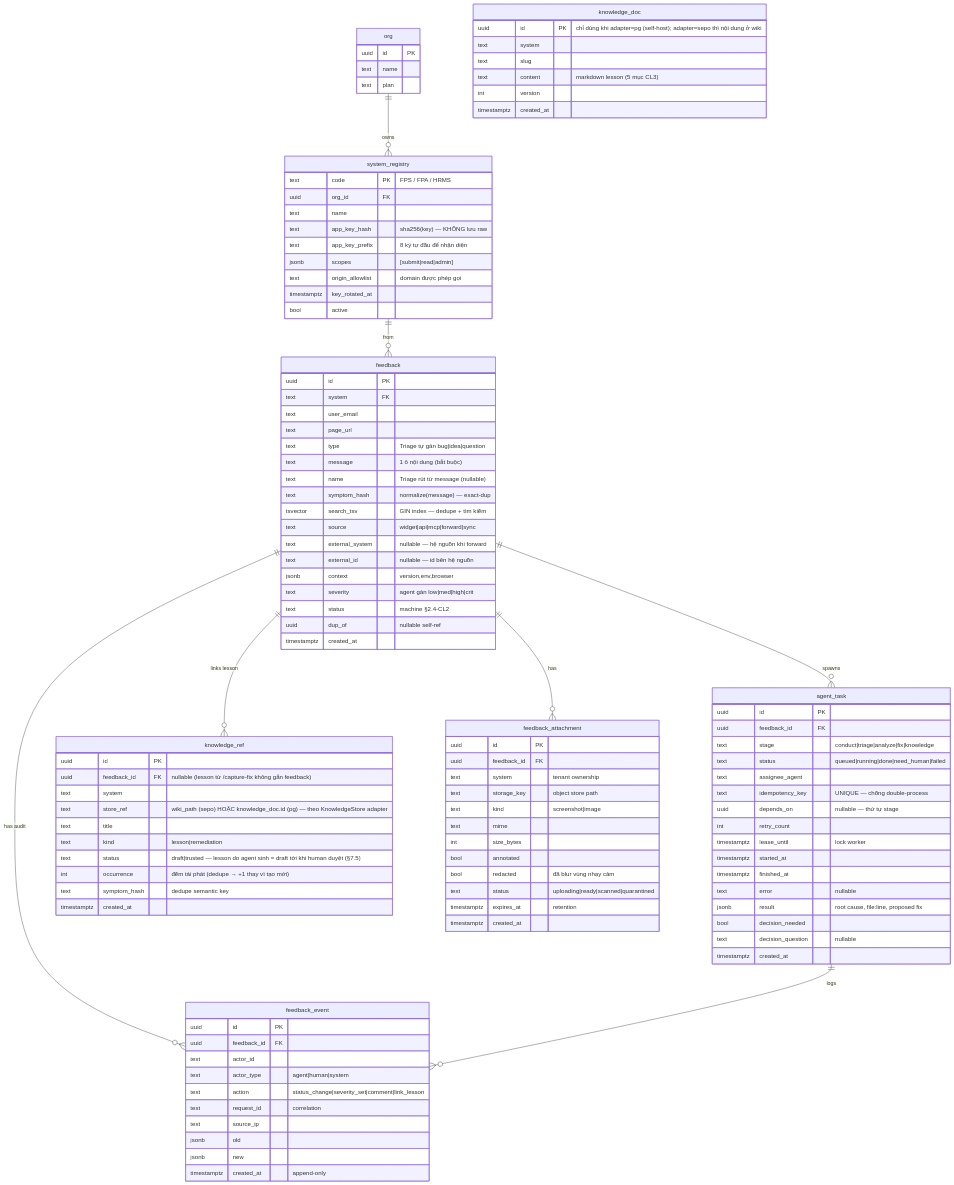
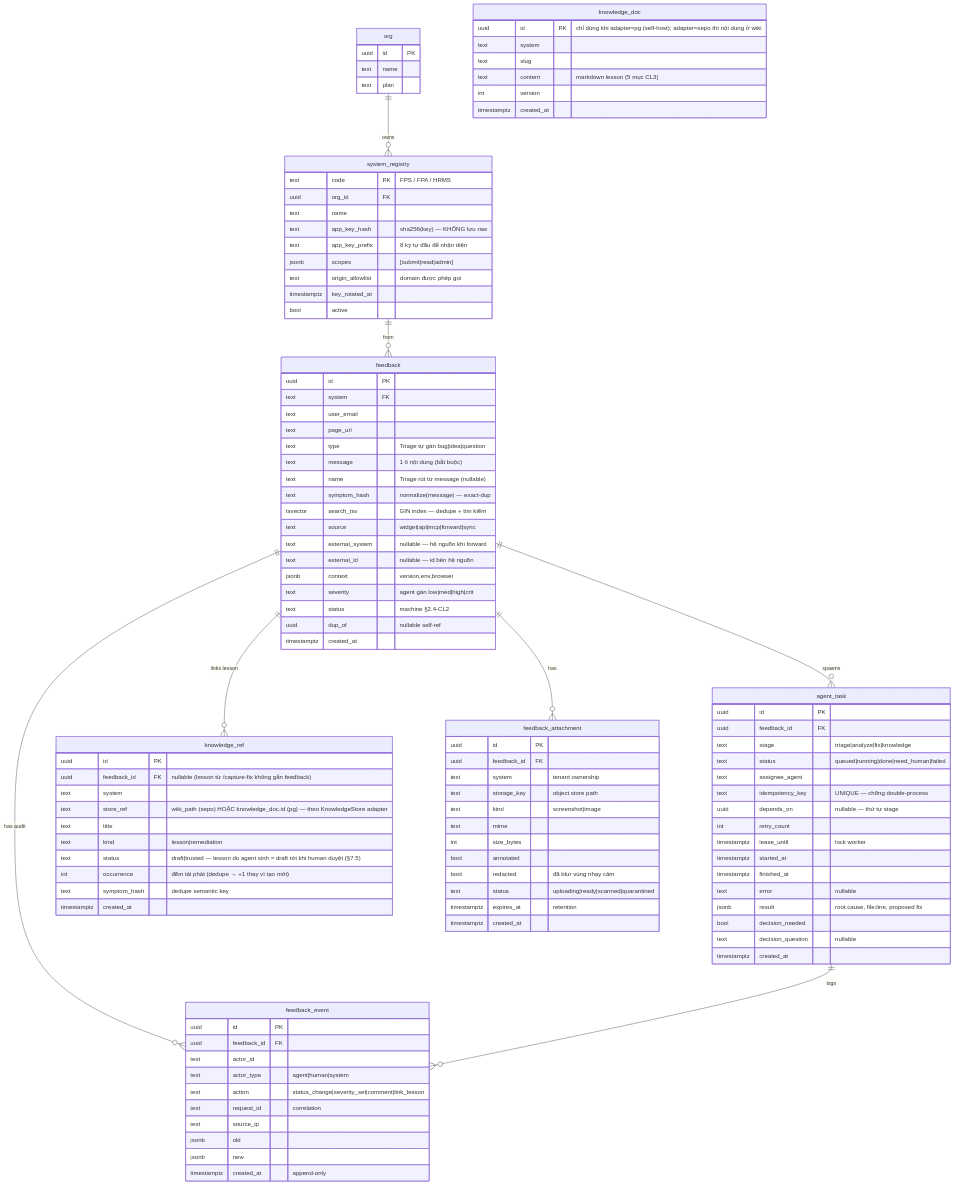
Before and after one commit to duongph-ui/feedbackkb: the first of 11 diagrams in docs/ap_feedbackkb_source.md, drawn with Mermaid. The commit also changed other lines of this file and 32 other files, not shown here.

```diff
--- a/docs/ap_feedbackkb_source.md
+++ b/docs/ap_feedbackkb_source.md
@@ -211,7 +211,7 @@
   agent_task {
     uuid   id PK
     uuid   feedback_id FK
-    text   stage "conduct|triage|analyze|fix|knowledge"
+    text   stage "triage|analyze|fix|knowledge"
     text   status "queued|running|done|need_human|failed"
     text   assignee_agent
     text   idempotency_key "UNIQUE — chống double-process"
```
